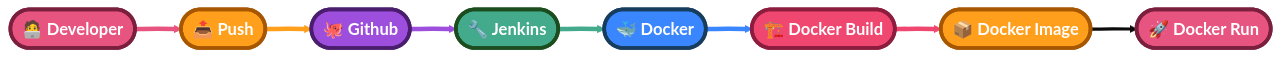
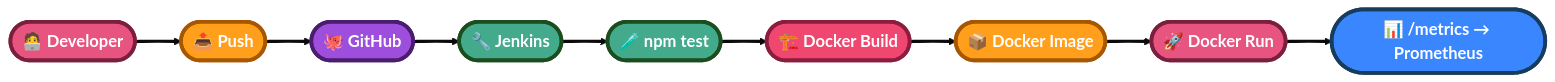
The diagram in README.md (yashasravi21/nodejs-docker-jenkins), drawn with Mermaid before and after one commit. The commit also changed other lines of this file and 1267 other files, not shown here.

Commit message:
Add tests, Prometheus metrics, CI pipeline and gitignore; harden Docker image

````diff
--- a/README.md
+++ b/README.md
@@ -3,32 +34,27 @@
 ```mermaid
 %%{init: {'theme':'base', 'themeVariables': {'fontSize':'20px'}}}%%
 flowchart LR
-    A(["🧑‍💻 Developer"]) ==> B(["📤 Push"]) ==> C(["🐙 Github"])
+    A(["🧑‍💻 Developer"]) ==> B(["📤 Push"]) ==> C(["🐙 GitHub"])
     C ==> F(["🔧 Jenkins"])
-    F ==> E(["🐳 Docker"]) ==> D(["🏗️ Docker Build"])
+    F ==> T(["🧪 npm test"])
+    T ==> D(["🏗️ Docker Build"])
     D ==> G(["📦 Docker Image"]) ==> H(["🚀 Docker Run"])
+    H ==> M(["📊 /metrics → Prometheus"])
 
     classDef pink fill:#e75480,stroke:#7a1f3d,stroke-width:4px,color:#fff,font-weight:bold,font-size:18px
     classDef orange fill:#ff9f1c,stroke:#a65700,stroke-width:4px,color:#fff,font-weight:bold,font-size:18px
     classDef green fill:#43aa8b,stroke:#1b4d1e,stroke-width:4px,color:#fff,font-weight:bold,font-size:18px
     classDef blue fill:#3a86ff,stroke:#173d5e,stroke-width:4px,color:#fff,font-weight:bold,font-size:18px
     classDef red fill:#ef476f,stroke:#8c1d3f,stroke-width:4px,color:#fff,font-weight:bold,font-size:18px
     classDef purple fill:#9d4edd,stroke:#4a1d6e,stroke-width:4px,color:#fff,font-weight:bold,font-size:18px
 
     class A pink
     class B orange
     class C purple
     class F green
-    class E blue
+    class T green
     class D red
     class G orange
     class H pink
-
-    style A stroke-width:4px
-    linkStyle 0 stroke:#e75480,stroke-width:5px
-    linkStyle 1 stroke:#ff9f1c,stroke-width:5px
-    linkStyle 2 stroke:#9d4edd,stroke-width:5px
-    linkStyle 3 stroke:#43aa8b,stroke-width:5px
-    linkStyle 4 stroke:#3a86ff,stroke-width:5px
-    linkStyle 5 stroke:#ef476f,stroke-width:5px
+    class M blue
 ```
````
